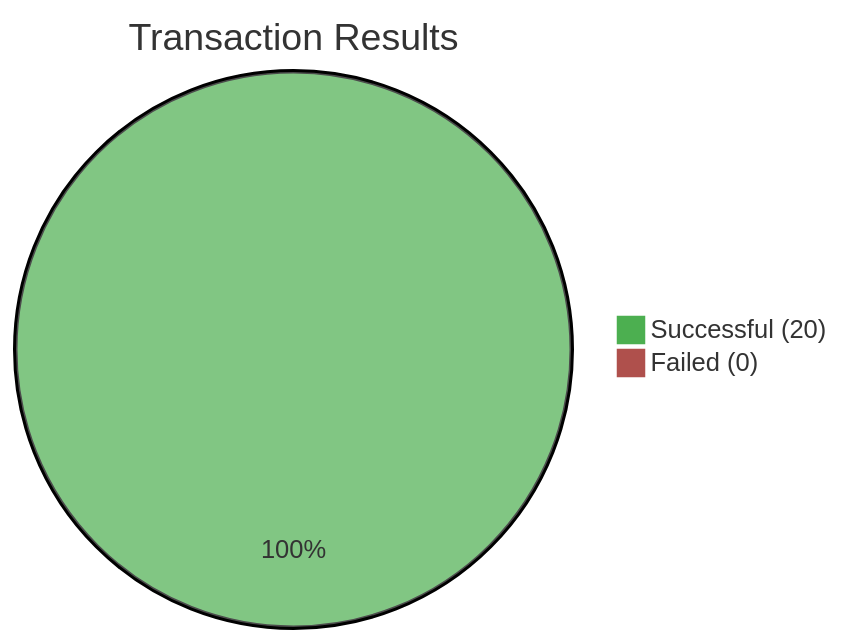
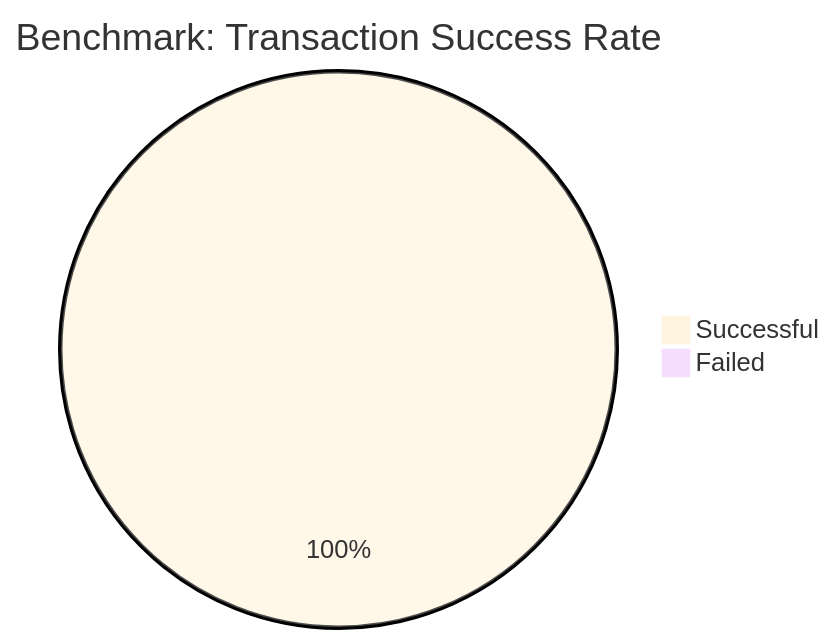
The first of 8 diagrams in README.md (FrankiePower/parallel-insurance-protocol), drawn with Mermaid before and after one commit. The commit also changed other lines of this file, not shown here.

````diff
--- a/README.md
+++ b/README.md
@@ -47,6 +38,6 @@
 ```mermaid
-%%{init: {'theme':'base', 'themeVariables': { 'primaryColor':'#4CAF50'}}}%%
-pie title Transaction Results
-    "Successful (20)" : 20
-    "Failed (0)" : 0
+%%{init: {'theme':'base'}}%%
+pie title Benchmark: Transaction Success Rate
+    "Successful" : 20
+    "Failed" : 0
 ```
````
